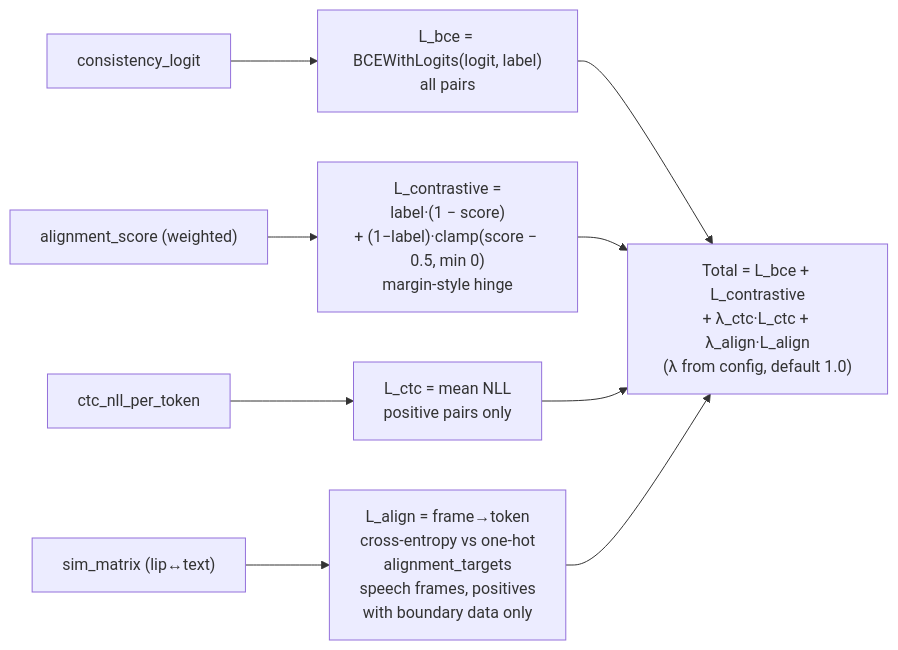
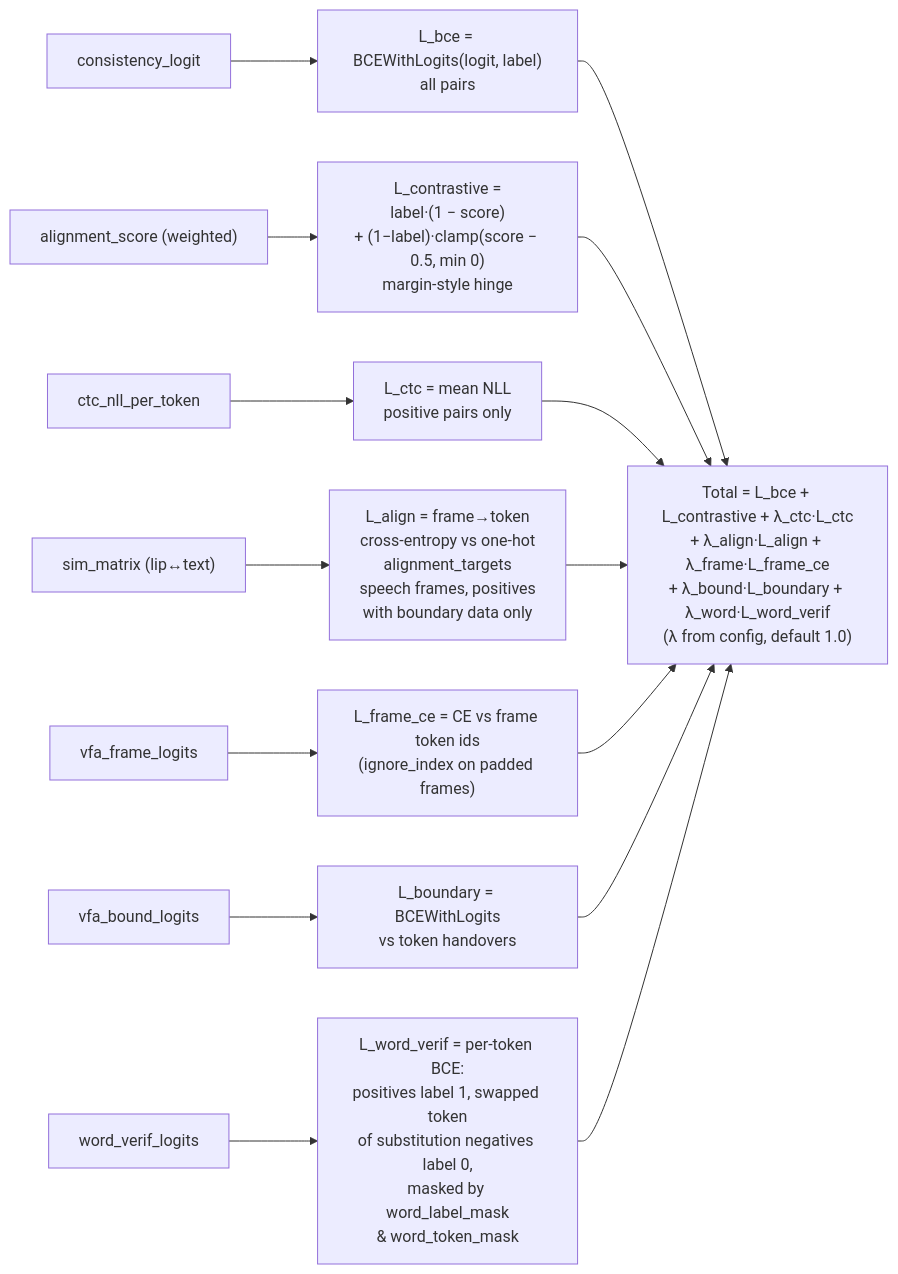
The seventh of 7 diagrams in architecture.md (turinaf/liptev), drawn with Mermaid before and after one commit. The commit also changed other lines of this file and 1 other file, not shown here.

Commit message:
docs: VFA heads architecture and inference JSON usage

````diff
--- a/architecture.md
+++ b/architecture.md
@@ -316,8 +348,11 @@
 ```mermaid
 flowchart LR
     SCORE["consistency_logit"] --> BCE["L_bce = BCEWithLogits(logit, label)<br/>all pairs"]
     ASCORE["alignment_score (weighted)"] --> CON["L_contrastive =<br/>label·(1 − score)<br/>+ (1−label)·clamp(score − 0.5, min 0)<br/>margin-style hinge"]
     CTCN["ctc_nll_per_token"] --> CTC["L_ctc = mean NLL<br/>positive pairs only"]
     SIM["sim_matrix (lip↔text)"] --> ALN["L_align = frame→token<br/>cross-entropy vs one-hot<br/>alignment_targets<br/>speech frames, positives<br/>with boundary data only"]
-    BCE & CON & CTC & ALN --> TOT["Total = L_bce + L_contrastive<br/>+ λ_ctc·L_ctc + λ_align·L_align<br/>(λ from config, default 1.0)"]
+    FLOG["vfa_frame_logits"] --> FCE["L_frame_ce = CE vs frame token ids<br/>(ignore_index on padded frames)"]
+    BLOG["vfa_bound_logits"] --> BND["L_boundary = BCEWithLogits<br/>vs token handovers"]
+    WLOG["word_verif_logits"] --> WVER["L_word_verif = per-token BCE:<br/>positives label 1, swapped token<br/>of substitution negatives label 0,<br/>masked by word_label_mask<br/>& word_token_mask"]
+    BCE & CON & CTC & ALN & FCE & BND & WVER --> TOT["Total = L_bce + L_contrastive + λ_ctc·L_ctc<br/>+ λ_align·L_align + λ_frame·L_frame_ce<br/>+ λ_bound·L_boundary + λ_word·L_word_verif<br/>(λ from config, default 1.0)"]
 ```
````
